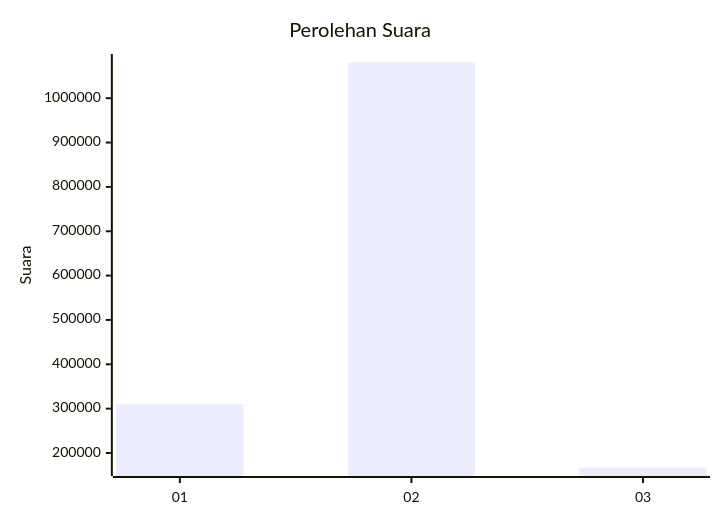
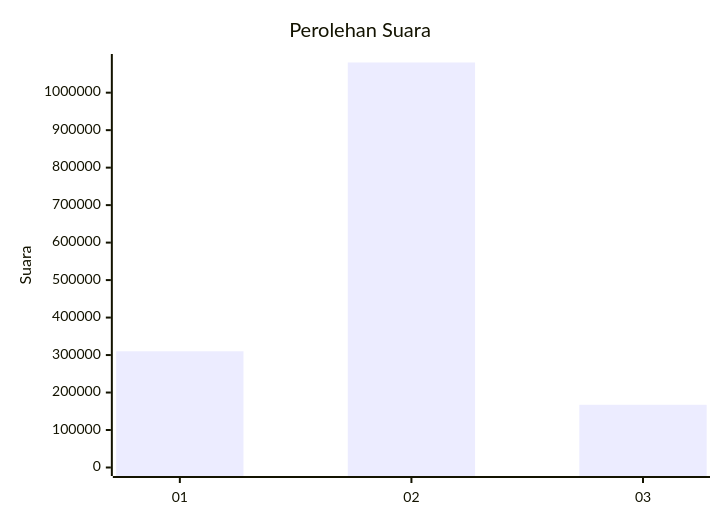
Before and after one commit to gigit-pemilu/pemilu-2024: the first of 2 diagrams in pilpres/hitung-suara/sub/table-wilayah-64.md, drawn with Mermaid. The commit also changed 42 other files, not shown here.

````diff
--- a/pilpres/hitung-suara/sub/table-wilayah-64.md
+++ b/pilpres/hitung-suara/sub/table-wilayah-64.md
@@ -7,7 +7,7 @@
 ```mermaid
 xychart-beta
     title "Perolehan Suara"
     x-axis [01, 02, 03]
-    y-axis "Suara"
+    y-axis "Suara" 0 --> 1080494
     bar [310097, 1080494, 167301]
 ```
````
